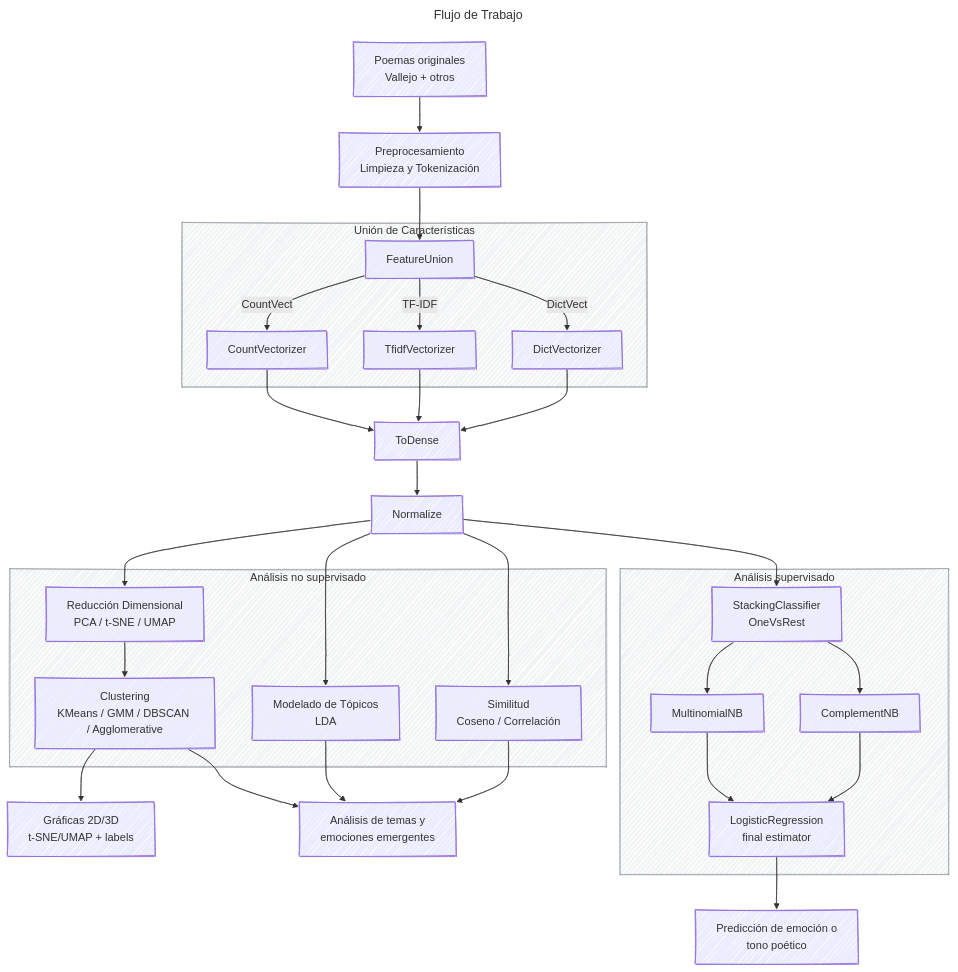
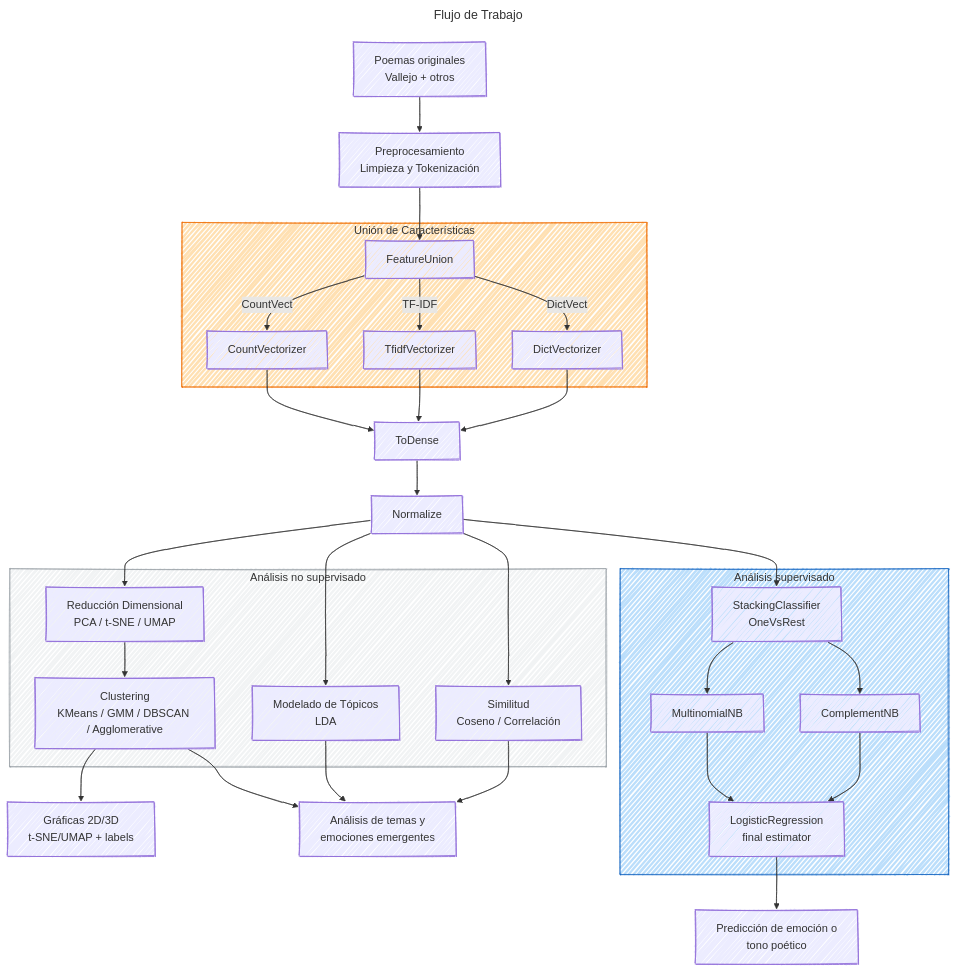
The diagram in README.md (HubertRonald/VersoVector), drawn with Mermaid before and after one commit.

Commit message:
Workflow color

````diff
--- a/README.md
+++ b/README.md
@@ -49,64 +49,63 @@
 ```mermaid
 ---
 title: Flujo de Trabajo
 ---
 %%{init: {
     'look':'handDrawn',
     'theme':'default',
     'flowchart': {
       'layoutDirection': "TD"
     }
   }
 }%%
 flowchart
     A[Poemas originales<br>Vallejo + otros] --> B[Preprocesamiento<br>Limpieza y Tokenización]
 
     %% Representación expandida
     B --> S2[FeatureUnion]
 
     subgraph FeatureUnion["Unión de Características"]
     S2 -->|CountVect| S21[CountVectorizer]
     S2 -->|TF-IDF| S22[TfidfVectorizer]
     S2 -->|DictVect| S23[DictVectorizer]
     end
 
     %% unión de features
     S21 --> S3[ToDense]
     S22 --> S3[ToDense]
     S23 --> S3[ToDense]
     S3 --> S4[Normalize]
 
     %% Ramas no supervisadas
     S4 --> D[Reducción Dimensional<br>PCA / t-SNE / UMAP]
     S4 --> F[Modelado de Tópicos<br>LDA]
     S4 --> G[Similitud<br>Coseno / Correlación]
 
     subgraph Clustering["Análisis no supervisado"]
-    
     D --> E[Clustering<br>KMeans / GMM / DBSCAN / Agglomerative]
     F[Modelado de Tópicos<br>LDA]
     G[Similitud<br>Coseno / Correlación]
     end
+
     E --> H1[Gráficas 2D/3D<br>t-SNE/UMAP + labels]
     F --> H2
     G --> H2
     E --> H2[Análisis de temas y<br>emociones emergentes]
-    
 
     %% Rama supervisada detallada
     S4 --> S5[StackingClassifier<br>OneVsRest]
 
     subgraph Stacking["Análisis supervisado"]
     S5 --> S51[MultinomialNB]
     S5 --> S52[ComplementNB]
     S51 --> S6[LogisticRegression<br>final estimator]
     S52 --> S6[LogisticRegression<br>final estimator]
     end
 
     S6 --> E2[Predicción de emoción o<br>tono poético]
 
-    %% === Estilos de subgraphs (fondos grises claros) ===
-    style FeatureUnion fill:#F1F3F4,stroke:#9AA0A6,stroke-width:1px
-    style Stacking fill:#F1F3F4,stroke:#9AA0A6,stroke-width:1px
-    style Clustering fill:#F1F3F4,stroke:#9AA0A6,stroke-width:1px
+    %% === Estilos de subgraphs con colores ===
+    style FeatureUnion fill:#FFE0B2,stroke:#EF6C00,stroke-width:2px  %% naranja claro
+    style Stacking fill:#BBDEFB,stroke:#1565C0,stroke-width:2px       %% azul claro
+    style Clustering fill:#F1F3F4,stroke:#9AA0A6,stroke-width:1px     %% gris claro
 ```
````
